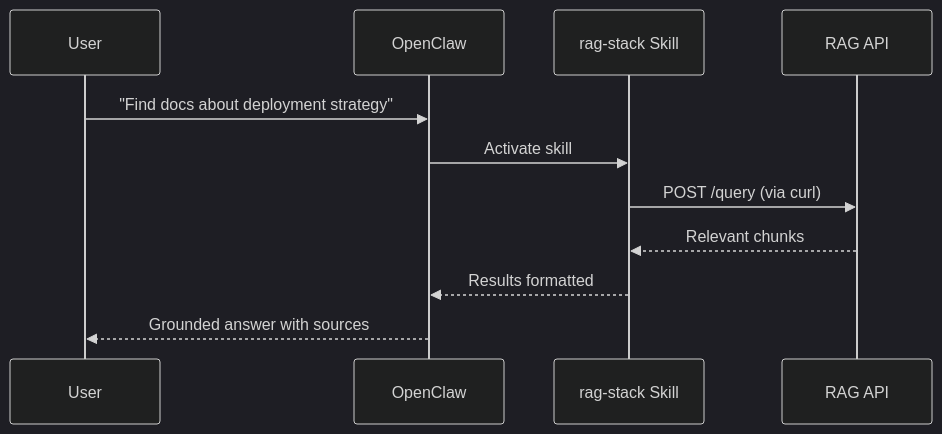
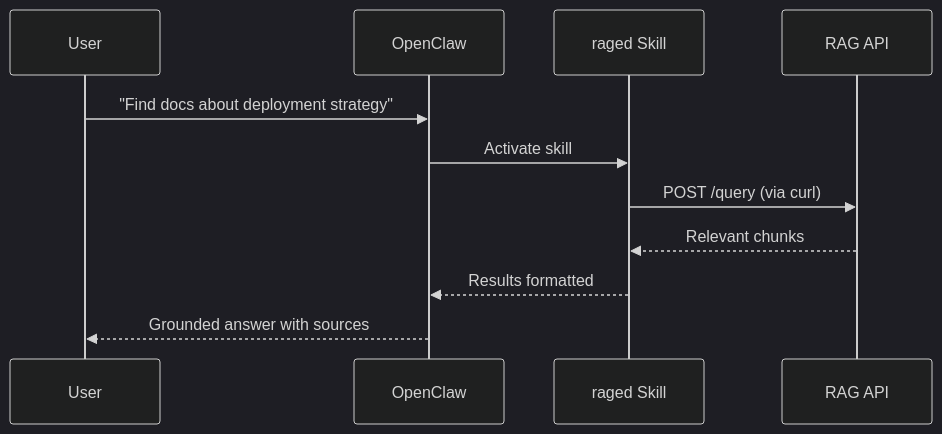
One commit to mfittko/raged changed the second of 2 diagrams in docs/04-claude-skills.md. Above: the diagram before and after it, drawn with Mermaid (dark theme). The commit also changed other lines of this file and 17 other files, not shown here.

````diff
--- a/docs/04-claude-skills.md
+++ b/docs/04-claude-skills.md
@@ -70,14 +70,14 @@
 ```mermaid
 sequenceDiagram
     participant U as User
     participant OC as OpenClaw
-    participant S as rag-stack Skill
+    participant S as raged Skill
     participant API as RAG API
 
     U->>OC: "Find docs about deployment strategy"
     OC->>S: Activate skill
     S->>API: POST /query (via curl)
     API-->>S: Relevant chunks
     S-->>OC: Results formatted
     OC-->>U: Grounded answer with sources
 ```
````
